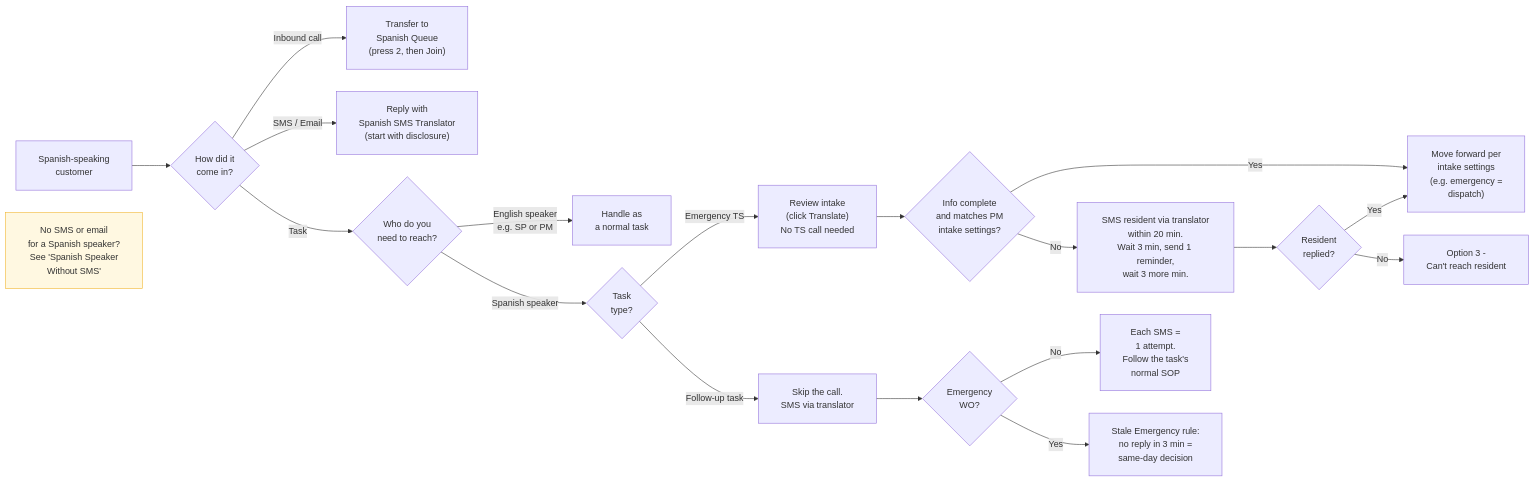
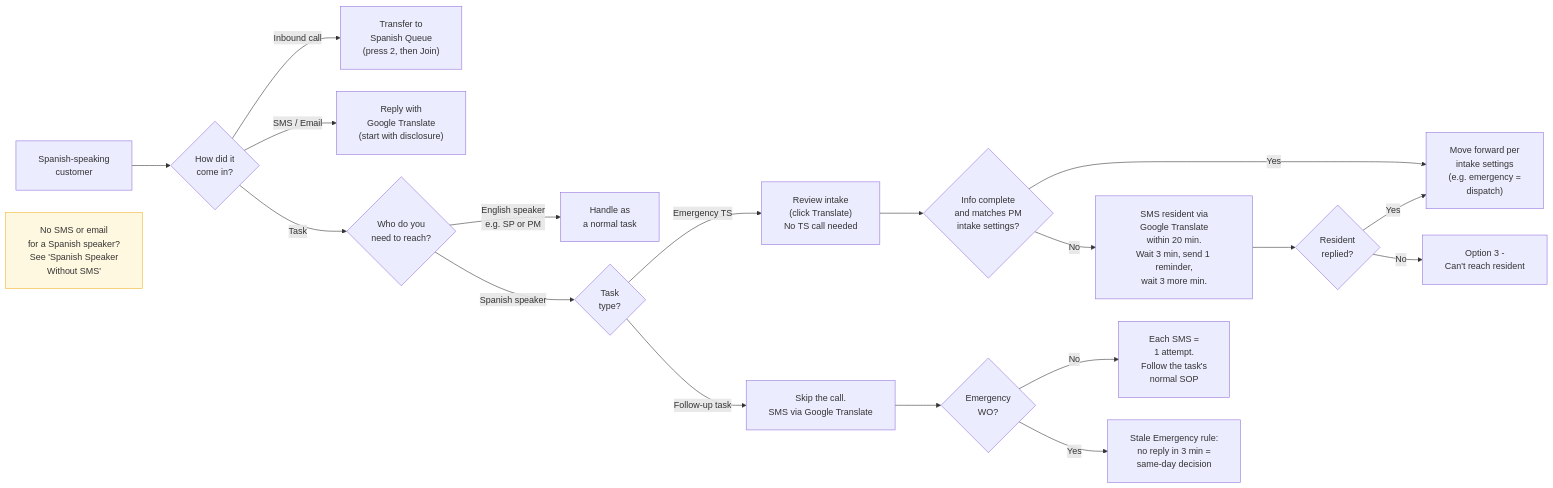
Before and after one commit to LatchelEngineering/mintlify: the diagram in latchel-admin/Service-Operations/Production-Documentation/How-to-Handle-Spanish-SMS-Emails-Calls.mdx, drawn with Mermaid. The commit also changed other lines of this file and 6 other files, not shown here.

First line of the commit message:
Switch Spanish translation tool references from Spanish SMS Translator to Google Translate

````diff
--- a/latchel-admin/Service-Operations/Production-Documentation/How-to-Handle-Spanish-SMS-Emails-Calls.mdx
+++ b/latchel-admin/Service-Operations/Production-Documentation/How-to-Handle-Spanish-SMS-Emails-Calls.mdx
@@ -15,28 +15,28 @@
 ```mermaid
 %%{init: {"flowchart": {"padding": 20, "nodeSpacing": 40, "rankSpacing": 50}}}%%
 flowchart LR
     A["Spanish-speaking<br/>customer"] --> B{"How did it<br/>come in?"}
 
     B -->|Inbound call| C["Transfer to<br/>Spanish Queue<br/>(press 2, then Join)"]
-    B -->|SMS / Email| D["Reply with<br/>Spanish SMS Translator<br/>(start with disclosure)"]
+    B -->|SMS / Email| D["Reply with<br/>Google Translate<br/>(start with disclosure)"]
     B -->|Task| E{"Who do you<br/>need to reach?"}
 
     E -->|English speaker<br/>e.g. SP or PM| F["Handle as<br/>a normal task"]
     E -->|Spanish speaker| I{"Task<br/>type?"}
 
     I -->|Emergency TS| J["Review intake<br/>(click Translate)<br/>No TS call needed"]
     J --> K{"Info complete<br/>and matches PM<br/>intake settings?"}
     K -->|Yes| L["Move forward per<br/>intake settings<br/>(e.g. emergency =<br/>dispatch)"]
-    K -->|No| M["SMS resident via translator<br/>within 20 min.<br/>Wait 3 min, send 1 reminder,<br/>wait 3 more min."]
+    K -->|No| M["SMS resident via<br/>Google Translate<br/>within 20 min.<br/>Wait 3 min, send 1 reminder,<br/>wait 3 more min."]
     M --> N{"Resident<br/>replied?"}
     N -->|Yes| L
     N -->|No| P["Option 3 -<br/>Can't reach resident"]
 
-    I -->|Follow-up task| Q["Skip the call.<br/>SMS via translator"]
+    I -->|Follow-up task| Q["Skip the call.<br/>SMS via Google Translate"]
     Q --> R{"Emergency<br/>WO?"}
     R -->|No| S["Each SMS =<br/>1 attempt.<br/>Follow the task's<br/>normal SOP"]
     R -->|Yes| T["Stale Emergency rule:<br/>no reply in 3 min =<br/>same-day decision"]
 
     Z["No SMS or email<br/>for a Spanish speaker?<br/>See 'Spanish Speaker<br/>Without SMS'"]
     style Z fill:#fff8e1,stroke:#f0b429
 ```
````
